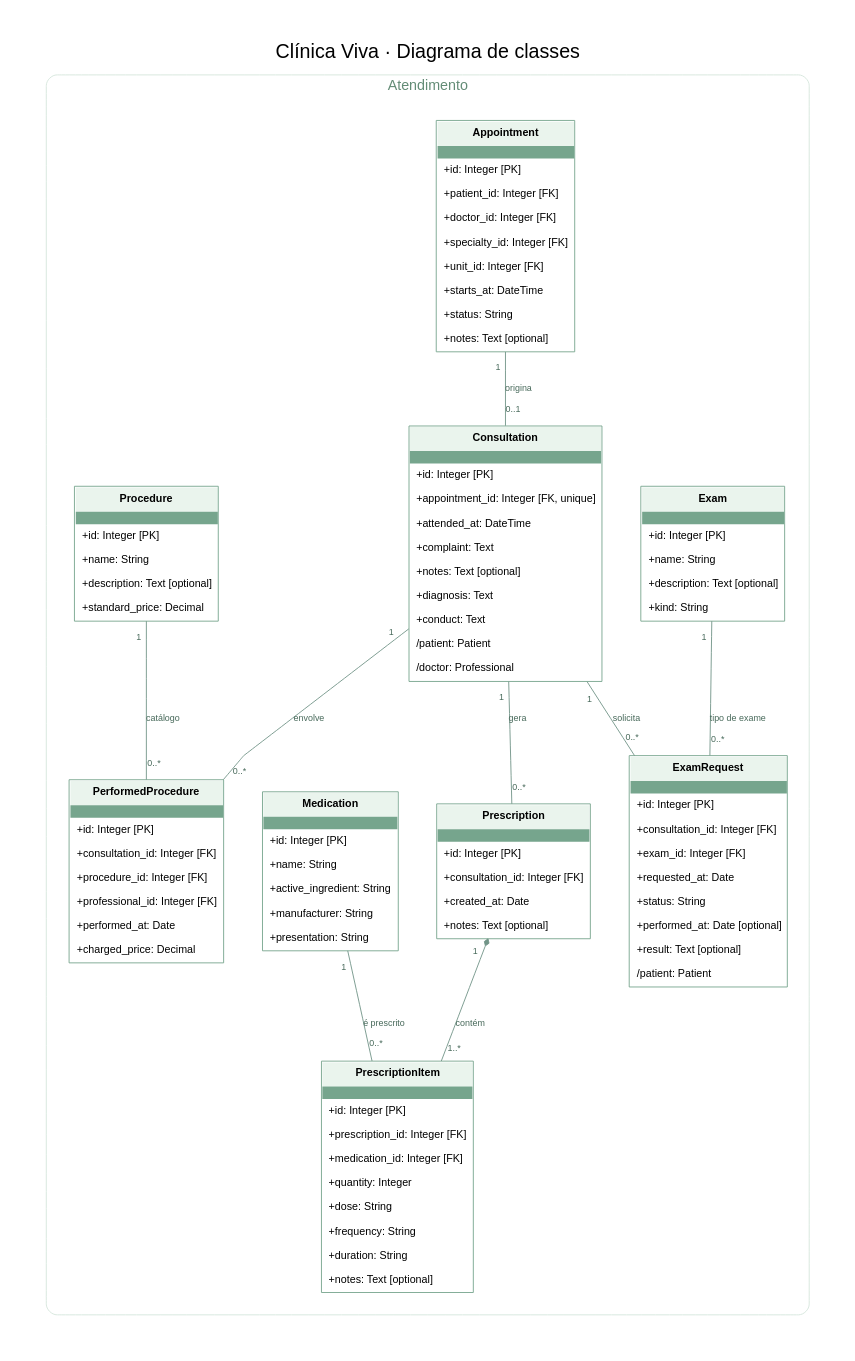
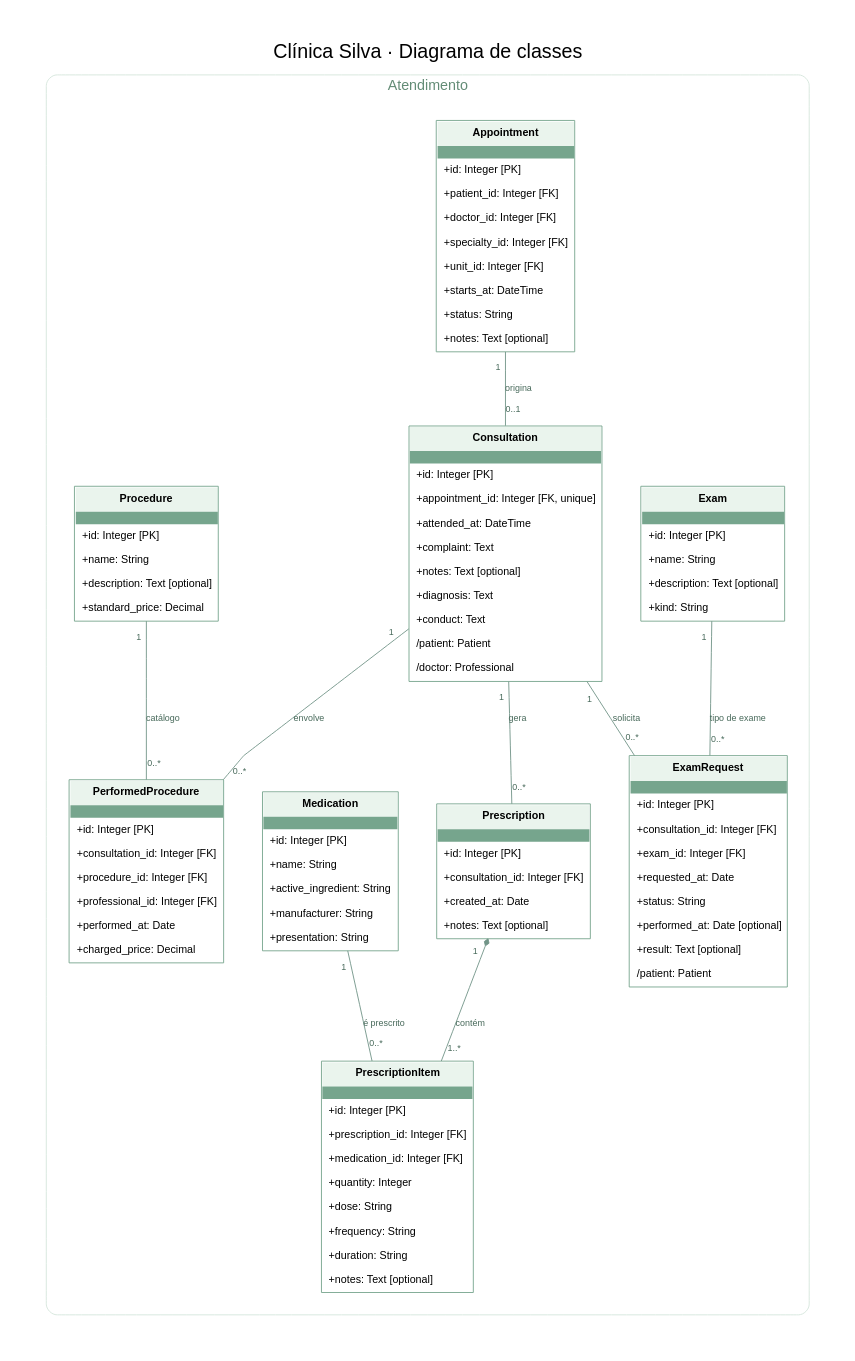
The diagram in docs/classes-2.dot (Ygxxrr/clinica-viva-aps), drawn with Graphviz before and after one commit. The commit also changed 32 other files, not shown here.

Commit message:
Renomeia a marca para Clínica Silva no sistema e na documentação

```diff
--- a/docs/classes-2.dot
+++ b/docs/classes-2.dot
@@ -1,24 +1,24 @@
 digraph G {
-graph [rankdir=TB, bgcolor="white", pad="0.5", nodesep="0.6", ranksep="1.0", splines=polyline, fontname="Arial", fontsize=22, label="Clínica Viva · Diagrama de classes", labelloc=t];
+graph [rankdir=TB, bgcolor="white", pad="0.5", nodesep="0.6", ranksep="1.0", splines=polyline, fontname="Arial", fontsize=22, label="Clínica Silva · Diagrama de classes", labelloc=t];
 node [shape=plain, fontname="Arial", fontsize=12];
 edge [fontname="Arial", fontsize=10, color="#719487", fontcolor="#47695A", arrowsize=0.7, dir=none];
 subgraph cluster_1 { label="Atendimento"; color="#D5E6DC"; style="rounded"; fontcolor="#638C76"; fontsize=16; margin=25;
 Appointment [label=<<TABLE BORDER="1" CELLBORDER="0" CELLSPACING="0" CELLPADDING="7" COLOR="#76A58D" BGCOLOR="#FFFFFF"><TR><TD BGCOLOR="#EAF4ED"><B>Appointment</B></TD></TR><TR><TD HEIGHT="1" BGCOLOR="#76A58D"></TD></TR><TR><TD ALIGN="LEFT">+id: Integer [PK]</TD></TR><TR><TD ALIGN="LEFT">+patient_id: Integer [FK]</TD></TR><TR><TD ALIGN="LEFT">+doctor_id: Integer [FK]</TD></TR><TR><TD ALIGN="LEFT">+specialty_id: Integer [FK]</TD></TR><TR><TD ALIGN="LEFT">+unit_id: Integer [FK]</TD></TR><TR><TD ALIGN="LEFT">+starts_at: DateTime</TD></TR><TR><TD ALIGN="LEFT">+status: String</TD></TR><TR><TD ALIGN="LEFT">+notes: Text [optional]</TD></TR></TABLE>>];
 Consultation [label=<<TABLE BORDER="1" CELLBORDER="0" CELLSPACING="0" CELLPADDING="7" COLOR="#76A58D" BGCOLOR="#FFFFFF"><TR><TD BGCOLOR="#EAF4ED"><B>Consultation</B></TD></TR><TR><TD HEIGHT="1" BGCOLOR="#76A58D"></TD></TR><TR><TD ALIGN="LEFT">+id: Integer [PK]</TD></TR><TR><TD ALIGN="LEFT">+appointment_id: Integer [FK, unique]</TD></TR><TR><TD ALIGN="LEFT">+attended_at: DateTime</TD></TR><TR><TD ALIGN="LEFT">+complaint: Text</TD></TR><TR><TD ALIGN="LEFT">+notes: Text [optional]</TD></TR><TR><TD ALIGN="LEFT">+diagnosis: Text</TD></TR><TR><TD ALIGN="LEFT">+conduct: Text</TD></TR><TR><TD ALIGN="LEFT">/patient: Patient</TD></TR><TR><TD ALIGN="LEFT">/doctor: Professional</TD></TR></TABLE>>];
 Exam [label=<<TABLE BORDER="1" CELLBORDER="0" CELLSPACING="0" CELLPADDING="7" COLOR="#76A58D" BGCOLOR="#FFFFFF"><TR><TD BGCOLOR="#EAF4ED"><B>Exam</B></TD></TR><TR><TD HEIGHT="1" BGCOLOR="#76A58D"></TD></TR><TR><TD ALIGN="LEFT">+id: Integer [PK]</TD></TR><TR><TD ALIGN="LEFT">+name: String</TD></TR><TR><TD ALIGN="LEFT">+description: Text [optional]</TD></TR><TR><TD ALIGN="LEFT">+kind: String</TD></TR></TABLE>>];
 ExamRequest [label=<<TABLE BORDER="1" CELLBORDER="0" CELLSPACING="0" CELLPADDING="7" COLOR="#76A58D" BGCOLOR="#FFFFFF"><TR><TD BGCOLOR="#EAF4ED"><B>ExamRequest</B></TD></TR><TR><TD HEIGHT="1" BGCOLOR="#76A58D"></TD></TR><TR><TD ALIGN="LEFT">+id: Integer [PK]</TD></TR><TR><TD ALIGN="LEFT">+consultation_id: Integer [FK]</TD></TR><TR><TD ALIGN="LEFT">+exam_id: Integer [FK]</TD></TR><TR><TD ALIGN="LEFT">+requested_at: Date</TD></TR><TR><TD ALIGN="LEFT">+status: String</TD></TR><TR><TD ALIGN="LEFT">+performed_at: Date [optional]</TD></TR><TR><TD ALIGN="LEFT">+result: Text [optional]</TD></TR><TR><TD ALIGN="LEFT">/patient: Patient</TD></TR></TABLE>>];
 Medication [label=<<TABLE BORDER="1" CELLBORDER="0" CELLSPACING="0" CELLPADDING="7" COLOR="#76A58D" BGCOLOR="#FFFFFF"><TR><TD BGCOLOR="#EAF4ED"><B>Medication</B></TD></TR><TR><TD HEIGHT="1" BGCOLOR="#76A58D"></TD></TR><TR><TD ALIGN="LEFT">+id: Integer [PK]</TD></TR><TR><TD ALIGN="LEFT">+name: String</TD></TR><TR><TD ALIGN="LEFT">+active_ingredient: String</TD></TR><TR><TD ALIGN="LEFT">+manufacturer: String</TD></TR><TR><TD ALIGN="LEFT">+presentation: String</TD></TR></TABLE>>];
 Prescription [label=<<TABLE BORDER="1" CELLBORDER="0" CELLSPACING="0" CELLPADDING="7" COLOR="#76A58D" BGCOLOR="#FFFFFF"><TR><TD BGCOLOR="#EAF4ED"><B>Prescription</B></TD></TR><TR><TD HEIGHT="1" BGCOLOR="#76A58D"></TD></TR><TR><TD ALIGN="LEFT">+id: Integer [PK]</TD></TR><TR><TD ALIGN="LEFT">+consultation_id: Integer [FK]</TD></TR><TR><TD ALIGN="LEFT">+created_at: Date</TD></TR><TR><TD ALIGN="LEFT">+notes: Text [optional]</TD></TR></TABLE>>];
 PrescriptionItem [label=<<TABLE BORDER="1" CELLBORDER="0" CELLSPACING="0" CELLPADDING="7" COLOR="#76A58D" BGCOLOR="#FFFFFF"><TR><TD BGCOLOR="#EAF4ED"><B>PrescriptionItem</B></TD></TR><TR><TD HEIGHT="1" BGCOLOR="#76A58D"></TD></TR><TR><TD ALIGN="LEFT">+id: Integer [PK]</TD></TR><TR><TD ALIGN="LEFT">+prescription_id: Integer [FK]</TD></TR><TR><TD ALIGN="LEFT">+medication_id: Integer [FK]</TD></TR><TR><TD ALIGN="LEFT">+quantity: Integer</TD></TR><TR><TD ALIGN="LEFT">+dose: String</TD></TR><TR><TD ALIGN="LEFT">+frequency: String</TD></TR><TR><TD ALIGN="LEFT">+duration: String</TD></TR><TR><TD ALIGN="LEFT">+notes: Text [optional]</TD></TR></TABLE>>];
 Procedure [label=<<TABLE BORDER="1" CELLBORDER="0" CELLSPACING="0" CELLPADDING="7" COLOR="#76A58D" BGCOLOR="#FFFFFF"><TR><TD BGCOLOR="#EAF4ED"><B>Procedure</B></TD></TR><TR><TD HEIGHT="1" BGCOLOR="#76A58D"></TD></TR><TR><TD ALIGN="LEFT">+id: Integer [PK]</TD></TR><TR><TD ALIGN="LEFT">+name: String</TD></TR><TR><TD ALIGN="LEFT">+description: Text [optional]</TD></TR><TR><TD ALIGN="LEFT">+standard_price: Decimal</TD></TR></TABLE>>];
 PerformedProcedure [label=<<TABLE BORDER="1" CELLBORDER="0" CELLSPACING="0" CELLPADDING="7" COLOR="#76A58D" BGCOLOR="#FFFFFF"><TR><TD BGCOLOR="#EAF4ED"><B>PerformedProcedure</B></TD></TR><TR><TD HEIGHT="1" BGCOLOR="#76A58D"></TD></TR><TR><TD ALIGN="LEFT">+id: Integer [PK]</TD></TR><TR><TD ALIGN="LEFT">+consultation_id: Integer [FK]</TD></TR><TR><TD ALIGN="LEFT">+procedure_id: Integer [FK]</TD></TR><TR><TD ALIGN="LEFT">+professional_id: Integer [FK]</TD></TR><TR><TD ALIGN="LEFT">+performed_at: Date</TD></TR><TR><TD ALIGN="LEFT">+charged_price: Decimal</TD></TR></TABLE>>];
 }
 Appointment -> Consultation [ taillabel="1", headlabel="0..1", label="origina", labeldistance=2.0];
 Consultation -> ExamRequest [ taillabel="1", headlabel="0..*", label="solicita", labeldistance=2.0];
 Exam -> ExamRequest [ taillabel="1", headlabel="0..*", label="tipo de exame", labeldistance=2.0];
 Consultation -> Prescription [ taillabel="1", headlabel="0..*", label="gera", labeldistance=2.0];
 Prescription -> PrescriptionItem [dir=both, arrowtail=diamond, arrowhead=none, taillabel="1", headlabel="1..*", label="contém", labeldistance=2.0];
 Medication -> PrescriptionItem [ taillabel="1", headlabel="0..*", label="é prescrito", labeldistance=2.0];
 Consultation -> PerformedProcedure [ taillabel="1", headlabel="0..*", label="envolve", labeldistance=2.0];
 Procedure -> PerformedProcedure [ taillabel="1", headlabel="0..*", label="catálogo", labeldistance=2.0];
 }
```
